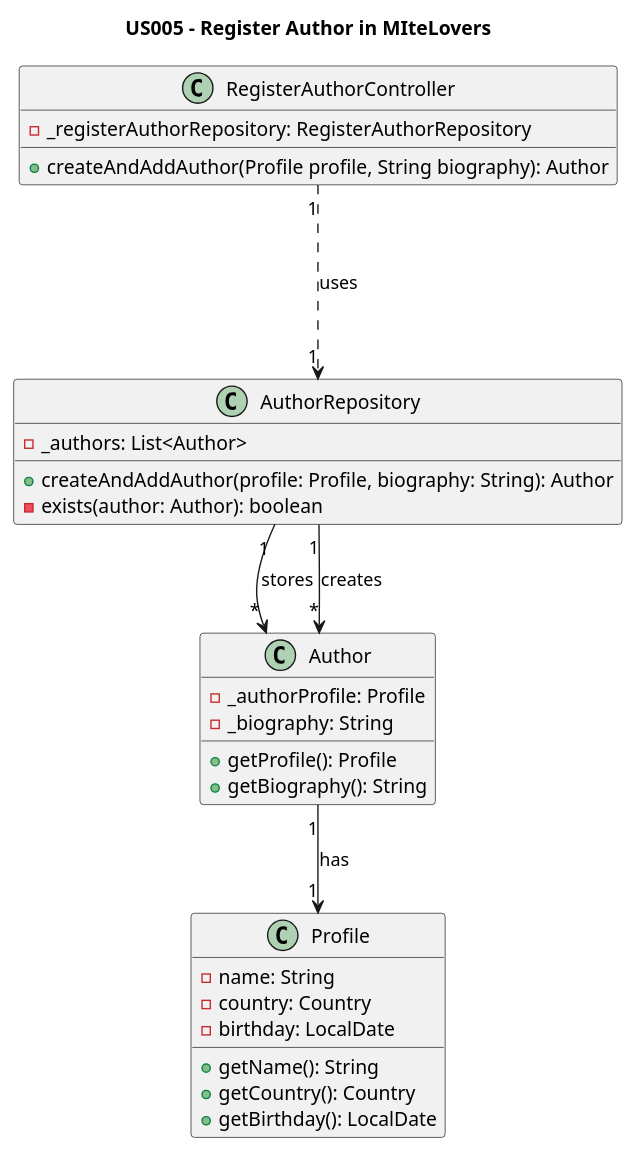
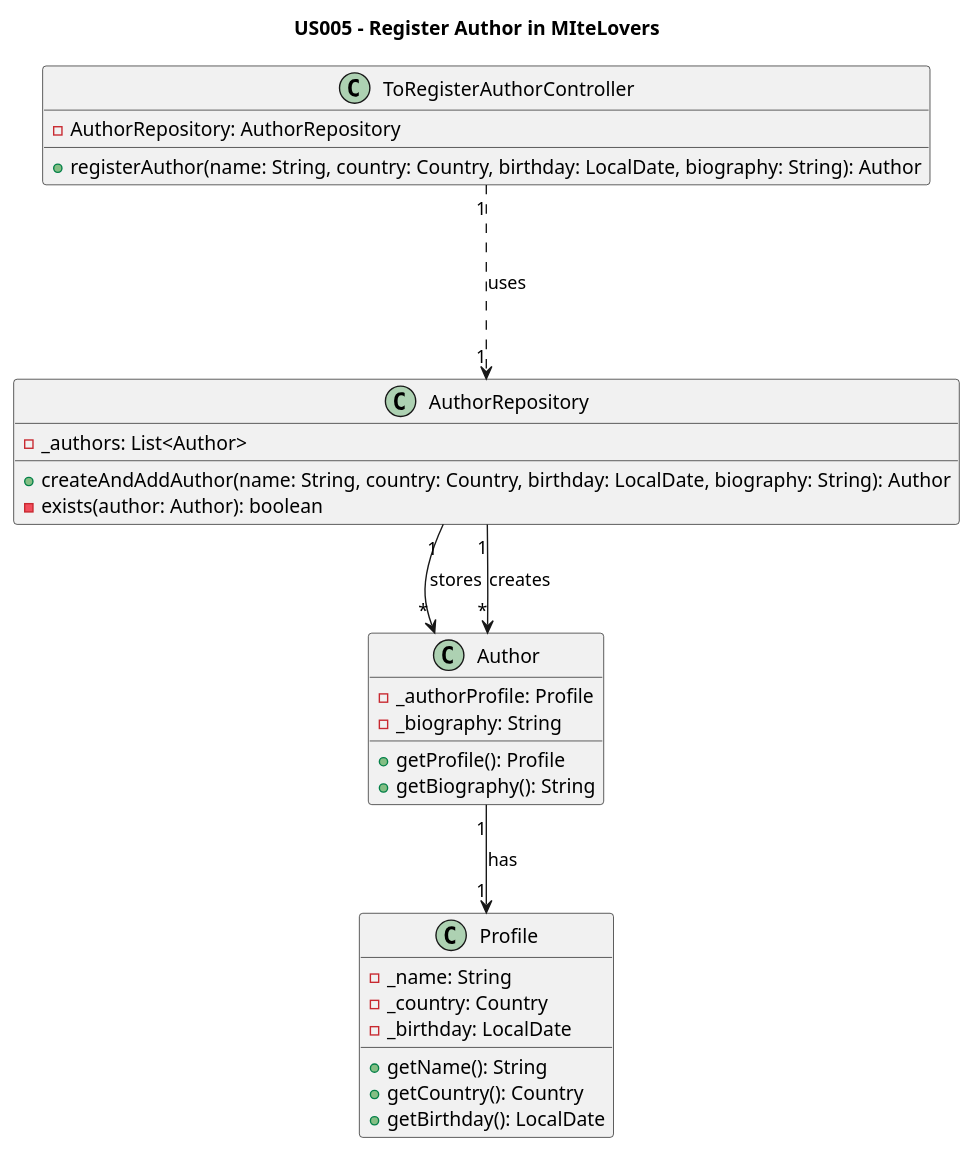
One commit to AndrePereiraGitH/SWitCH-Project-Team_A changed the diagram in Diagrams/ClassDiagrams/US005 - To register an Author in MiteLovers.puml. Above: the diagram before and after it, drawn with PlantUML. The commit also changed 8 other files, not shown here.

```diff
--- a/Diagrams/ClassDiagrams/US005 - To register an Author in MiteLovers.puml
+++ b/Diagrams/ClassDiagrams/US005 - To register an Author in MiteLovers.puml
@@ -1,36 +1,36 @@
 @startuml
 title US005 - Register Author in MIteLovers
 
-class RegisterAuthorController {
-  -_registerAuthorRepository: RegisterAuthorRepository
-  +createAndAddAuthor(Profile profile, String biography): Author
+class ToRegisterAuthorController {
+  -AuthorRepository: AuthorRepository
+  +registerAuthor(name: String, country: Country, birthday: LocalDate, biography: String): Author
 }
 
 class AuthorRepository {
   -_authors: List<Author>
-  +createAndAddAuthor(profile: Profile, biography: String): Author
+  +createAndAddAuthor(name: String, country: Country, birthday: LocalDate, biography: String): Author
   -exists(author: Author): boolean
 }
 
 class Author {
   -_authorProfile: Profile
   -_biography: String
   +getProfile(): Profile
   +getBiography(): String
 }
 
 class Profile {
-  -name: String
-  -country: Country
-  -birthday: LocalDate
+  -_name: String
+  -_country: Country
+  -_birthday: LocalDate
   +getName(): String
   +getCountry(): Country
   +getBirthday(): LocalDate
 }
 
-RegisterAuthorController "1" -.-> "1" AuthorRepository : uses
+ToRegisterAuthorController "1" -.-> "1" AuthorRepository : uses
 AuthorRepository "1" --> "*" Author : stores
 AuthorRepository "1" --> "*" Author : creates
 Author "1" --> "1" Profile : has
 
 @enduml
```
